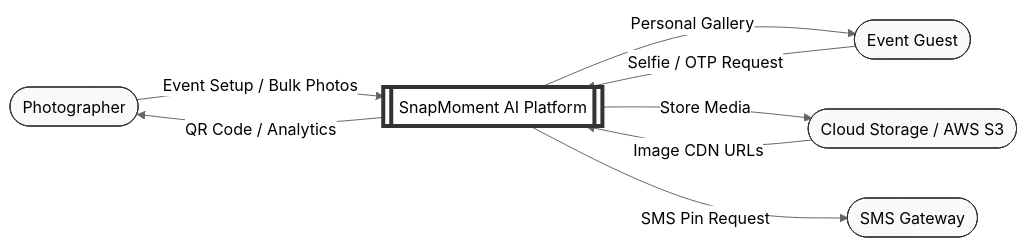
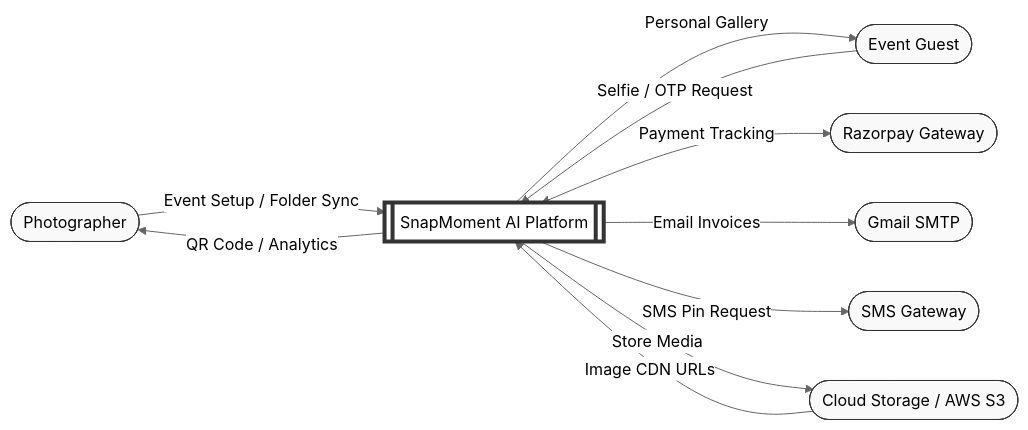
The first of 6 diagrams in README.md (JoelJose212/SnapMoment), drawn with Mermaid (neutral theme) before and after one commit. The commit also changed other lines of this file, not shown here.

Commit message:
docs: update README with new architecture and features

````diff
--- a/README.md
+++ b/README.md
@@ -88,29 +91,35 @@
 ```mermaid
 graph LR
     %% External Entities (Ovals)
     Photog([Photographer])
     Guest([Event Guest])
     S3([Cloud Storage / AWS S3])
     SMS([SMS Gateway])
+    RP([Razorpay Gateway])
+    Gmail([Gmail SMTP])
 
     %% Central Process (Box)
     System[[SnapMoment AI Platform]]
 
     %% Data Flows
-    Photog -- "Event Setup / Bulk Photos" --> System
+    Photog -- "Event Setup / Folder Sync" --> System
     System -- "QR Code / Analytics" --> Photog
 
     Guest -- "Selfie / OTP Request" --> System
     System -- "Personal Gallery" --> Guest
 
+    System -- "Payment Tracking" <--> RP
+    System -- "Email Invoices" --> Gmail
+    System -- "SMS Pin Request" --> SMS
+
     System -- "Store Media" --> S3
     S3 -- "Image CDN URLs" --> System
-
-    System -- "SMS Pin Request" --> SMS
 
     style System fill:#fff,stroke:#333,stroke-width:4px
     style Photog fill:#f9f9f9,stroke:#333
     style Guest fill:#f9f9f9,stroke:#333
     style S3 fill:#f9f9f9,stroke:#333
     style SMS fill:#f9f9f9,stroke:#333
+    style RP fill:#f9f9f9,stroke:#333
+    style Gmail fill:#f9f9f9,stroke:#333
 ```
````
